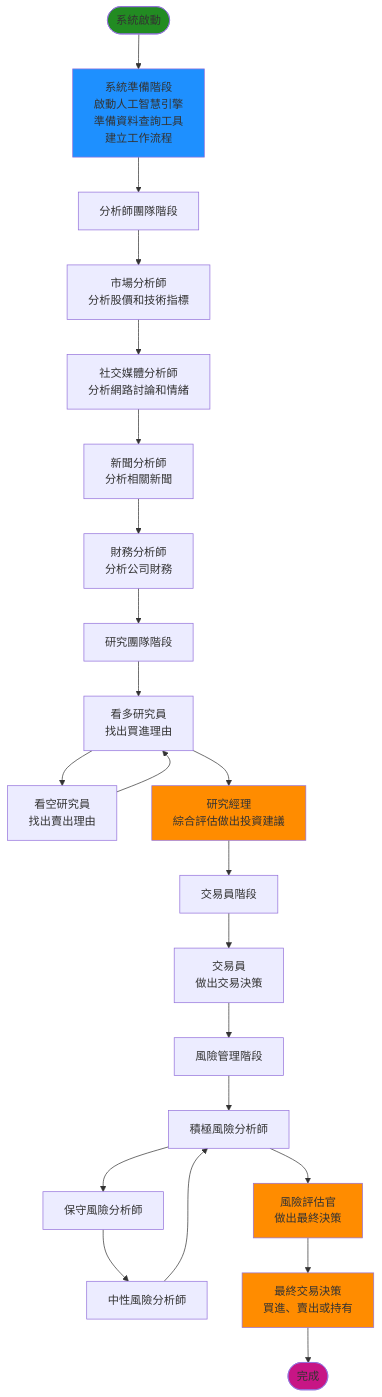
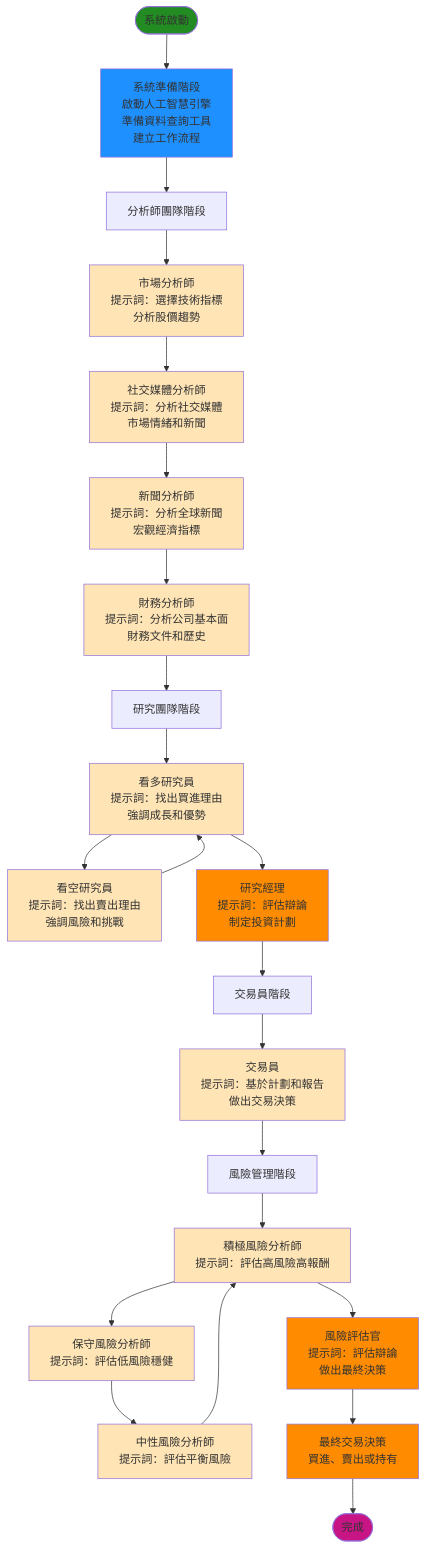
One commit to chitienshih-wq/Git_Test changed the ninth of 9 diagrams in 流程圖_簡化.md. Above: the diagram before and after it, drawn with Mermaid. The commit also changed other lines of this file, not shown here.

````diff
--- a/流程圖_簡化.md
+++ b/流程圖_簡化.md
@@ -241,40 +255,50 @@
 ```mermaid
 flowchart TD
     Start([系統啟動]) --> Setup[系統準備階段<br/>啟動人工智慧引擎<br/>準備資料查詢工具<br/>建立工作流程]
     
     Setup --> AnalystPhase[分析師團隊階段]
     
-    AnalystPhase --> Market[市場分析師<br/>分析股價和技術指標]
-    Market --> Social[社交媒體分析師<br/>分析網路討論和情緒]
-    Social --> News[新聞分析師<br/>分析相關新聞]
-    News --> Fund[財務分析師<br/>分析公司財務]
+    AnalystPhase --> Market[市場分析師<br/>提示詞：選擇技術指標<br/>分析股價趨勢]
+    Market --> Social[社交媒體分析師<br/>提示詞：分析社交媒體<br/>市場情緒和新聞]
+    Social --> News[新聞分析師<br/>提示詞：分析全球新聞<br/>宏觀經濟指標]
+    News --> Fund[財務分析師<br/>提示詞：分析公司基本面<br/>財務文件和歷史]
     
     Fund --> ResearchPhase[研究團隊階段]
     
-    ResearchPhase --> Bull[看多研究員<br/>找出買進理由]
-    Bull --> Bear[看空研究員<br/>找出賣出理由]
+    ResearchPhase --> Bull[看多研究員<br/>提示詞：找出買進理由<br/>強調成長和優勢]
+    Bull --> Bear[看空研究員<br/>提示詞：找出賣出理由<br/>強調風險和挑戰]
     Bear --> Bull
-    Bull --> Manager[研究經理<br/>綜合評估做出投資建議]
+    Bull --> Manager[研究經理<br/>提示詞：評估辯論<br/>制定投資計劃]
     
     Manager --> TraderPhase[交易員階段]
     
-    TraderPhase --> Trader[交易員<br/>做出交易決策]
+    TraderPhase --> Trader[交易員<br/>提示詞：基於計劃和報告<br/>做出交易決策]
     
     Trader --> RiskPhase[風險管理階段]
     
-    RiskPhase --> Risky[積極風險分析師]
-    Risky --> Safe[保守風險分析師]
-    Safe --> Neutral[中性風險分析師]
+    RiskPhase --> Risky[積極風險分析師<br/>提示詞：評估高風險高報酬]
+    Risky --> Safe[保守風險分析師<br/>提示詞：評估低風險穩健]
+    Safe --> Neutral[中性風險分析師<br/>提示詞：評估平衡風險]
     Neutral --> Risky
-    Risky --> Judge[風險評估官<br/>做出最終決策]
+    Risky --> Judge[風險評估官<br/>提示詞：評估辯論<br/>做出最終決策]
     
     Judge --> Final[最終交易決策<br/>買進、賣出或持有]
     Final --> End([完成])
     
     style Start fill:#228B22
     style End fill:#C71585
     style Setup fill:#1E90FF
     style Manager fill:#FF8C00
     style Judge fill:#FF8C00
     style Final fill:#FF8C00
+    style Market fill:#FFE4B5
+    style Social fill:#FFE4B5
+    style News fill:#FFE4B5
+    style Fund fill:#FFE4B5
+    style Bull fill:#FFE4B5
+    style Bear fill:#FFE4B5
+    style Trader fill:#FFE4B5
+    style Risky fill:#FFE4B5
+    style Safe fill:#FFE4B5
+    style Neutral fill:#FFE4B5
 ```
````
